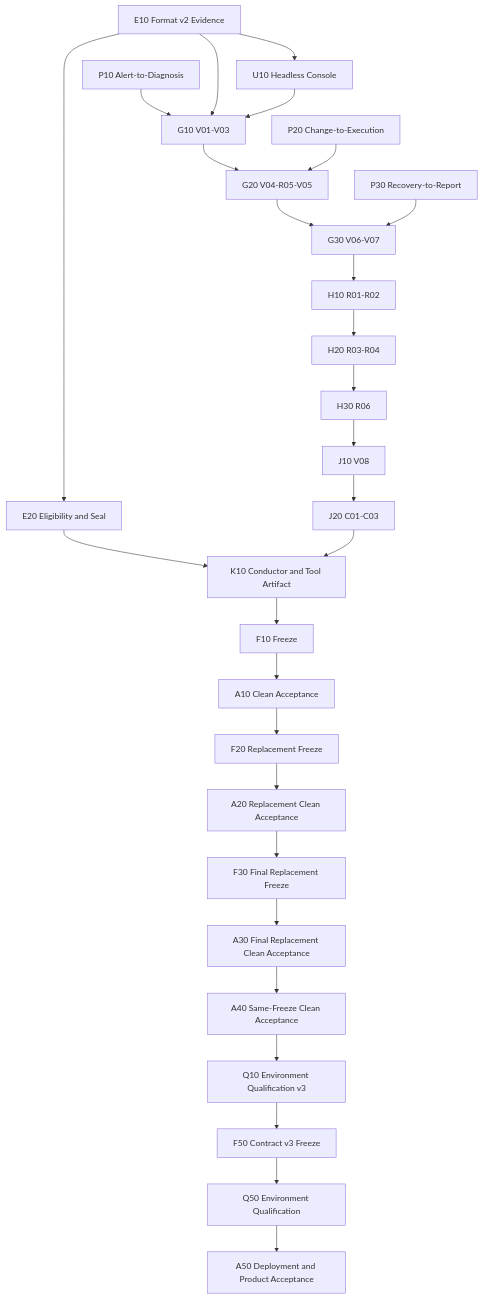
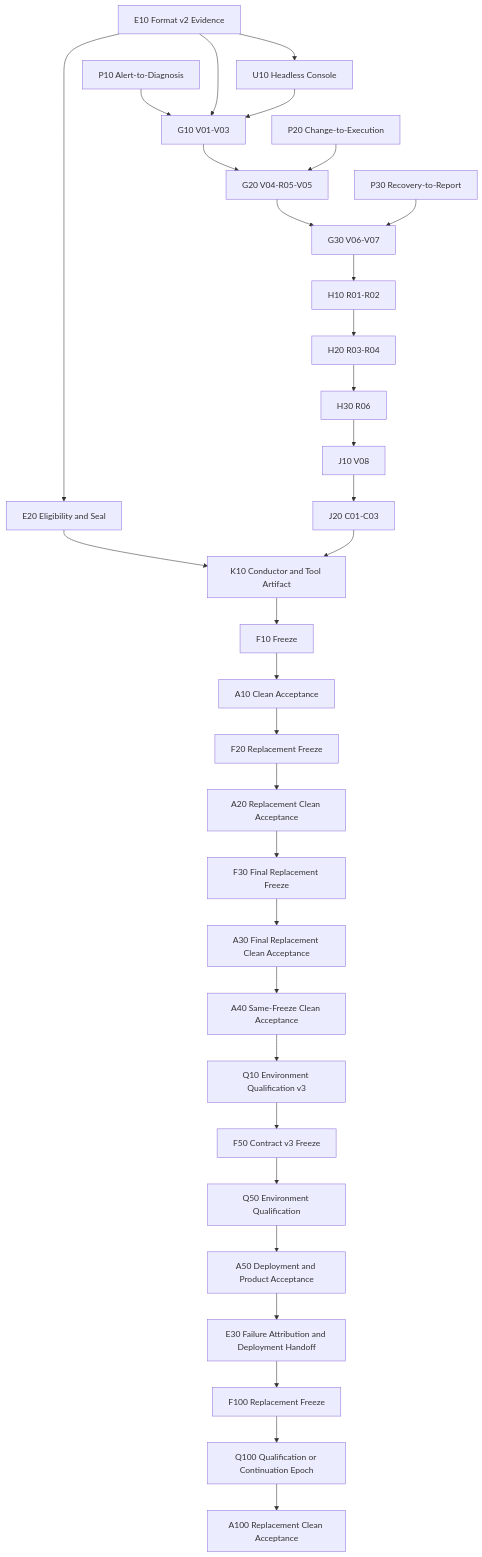
One commit to Timeless0927/AIops changed the diagram in .scratch/aiops-pilot-ready/remediation-tickets.md. Above: the diagram before and after it, drawn with Mermaid. The commit also changed other lines of this file and 32 other files, not shown here.

Commit message:
feat(acceptance): retain deployments after tool failure

````diff
--- a/.scratch/aiops-pilot-ready/remediation-tickets.md
+++ b/.scratch/aiops-pilot-ready/remediation-tickets.md
@@ -12,30 +12,34 @@
 ```mermaid
 flowchart TD
   E10["E10 Format v2 Evidence"] --> E20["E20 Eligibility and Seal"]
   E10 --> U10["U10 Headless Console"]
   P10["P10 Alert-to-Diagnosis"] --> G10["G10 V01-V03"]
   E10 --> G10
   U10 --> G10
   G10 --> G20["G20 V04-R05-V05"]
   P20["P20 Change-to-Execution"] --> G20
   G20 --> G30["G30 V06-V07"]
   P30["P30 Recovery-to-Report"] --> G30
   G30 --> H10["H10 R01-R02"]
   H10 --> H20["H20 R03-R04"]
   H20 --> H30["H30 R06"]
   H30 --> J10["J10 V08"]
   J10 --> J20["J20 C01-C03"]
   E20 --> K10["K10 Conductor and Tool Artifact"]
   J20 --> K10
   K10 --> F10["F10 Freeze"]
   F10 --> A10["A10 Clean Acceptance"]
   A10 --> F20["F20 Replacement Freeze"]
   F20 --> A20["A20 Replacement Clean Acceptance"]
   A20 --> F30["F30 Final Replacement Freeze"]
   F30 --> A30["A30 Final Replacement Clean Acceptance"]
   A30 --> A40["A40 Same-Freeze Clean Acceptance"]
   A40 --> Q10["Q10 Environment Qualification v3"]
   Q10 --> F50["F50 Contract v3 Freeze"]
   F50 --> Q50["Q50 Environment Qualification"]
   Q50 --> A50["A50 Deployment and Product Acceptance"]
+  A50 --> E30["E30 Failure Attribution and Deployment Handoff"]
+  E30 --> F100["F100 Replacement Freeze"]
+  F100 --> Q100["Q100 Qualification or Continuation Epoch"]
+  Q100 --> A100["A100 Replacement Clean Acceptance"]
 ```
````
